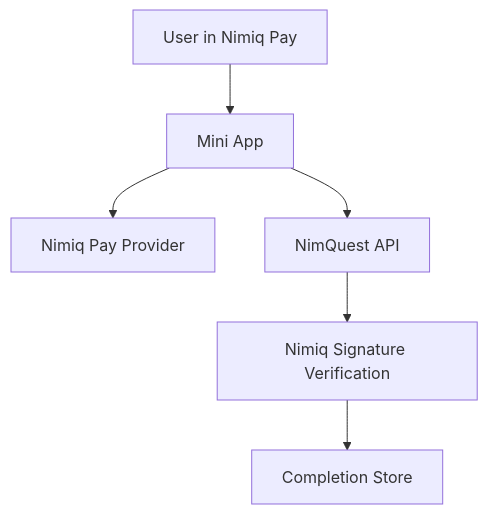
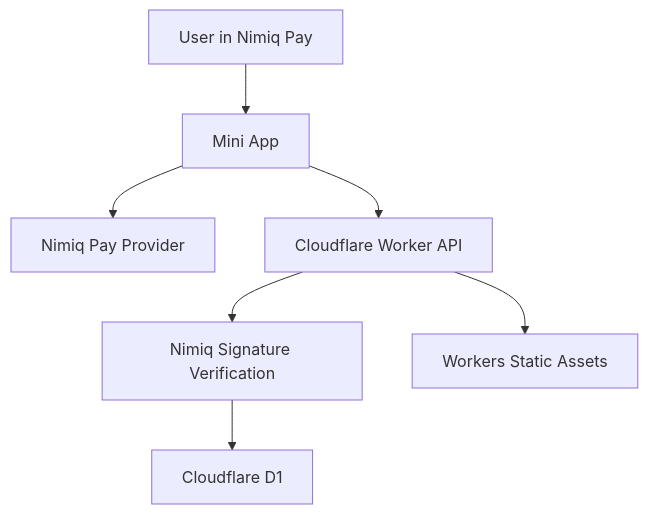
One commit to mystiquemide/nimquest changed the diagram in ARCHITECTURE.md. Above: the diagram before and after it, drawn with Mermaid. The commit also changed other lines of this file and 23 other files, not shown here.

Commit message:
Add approved frontend and Cloudflare Worker runtime

````diff
--- a/ARCHITECTURE.md
+++ b/ARCHITECTURE.md
@@ -5,8 +5,9 @@
 ```mermaid
 flowchart TD
   User["User in Nimiq Pay"] --> Frontend["Mini App"]
   Frontend --> Provider["Nimiq Pay Provider"]
-  Frontend --> API["NimQuest API"]
-  API --> Verify["Nimiq Signature Verification"]
-  Verify --> Store["Completion Store"]
+  Frontend --> Worker["Cloudflare Worker API"]
+  Worker --> Verify["Nimiq Signature Verification"]
+  Verify --> D1["Cloudflare D1"]
+  Worker --> Assets["Workers Static Assets"]
 ```
````
